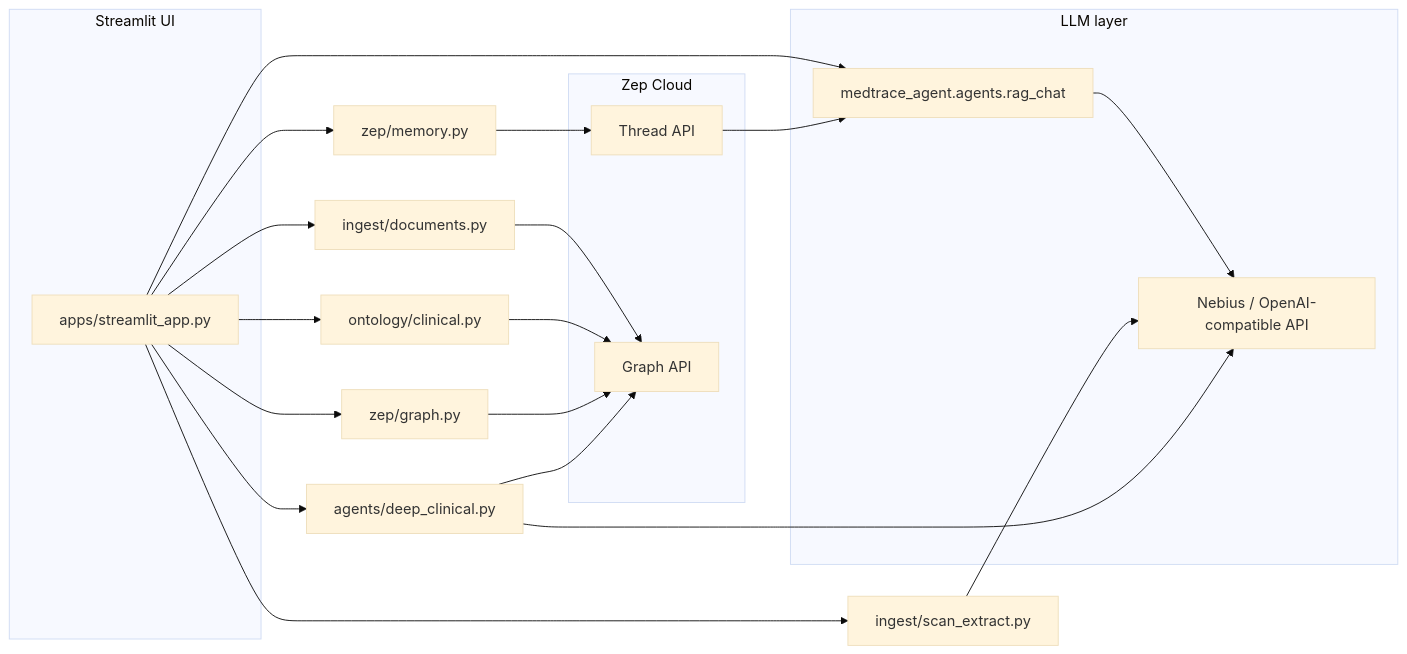
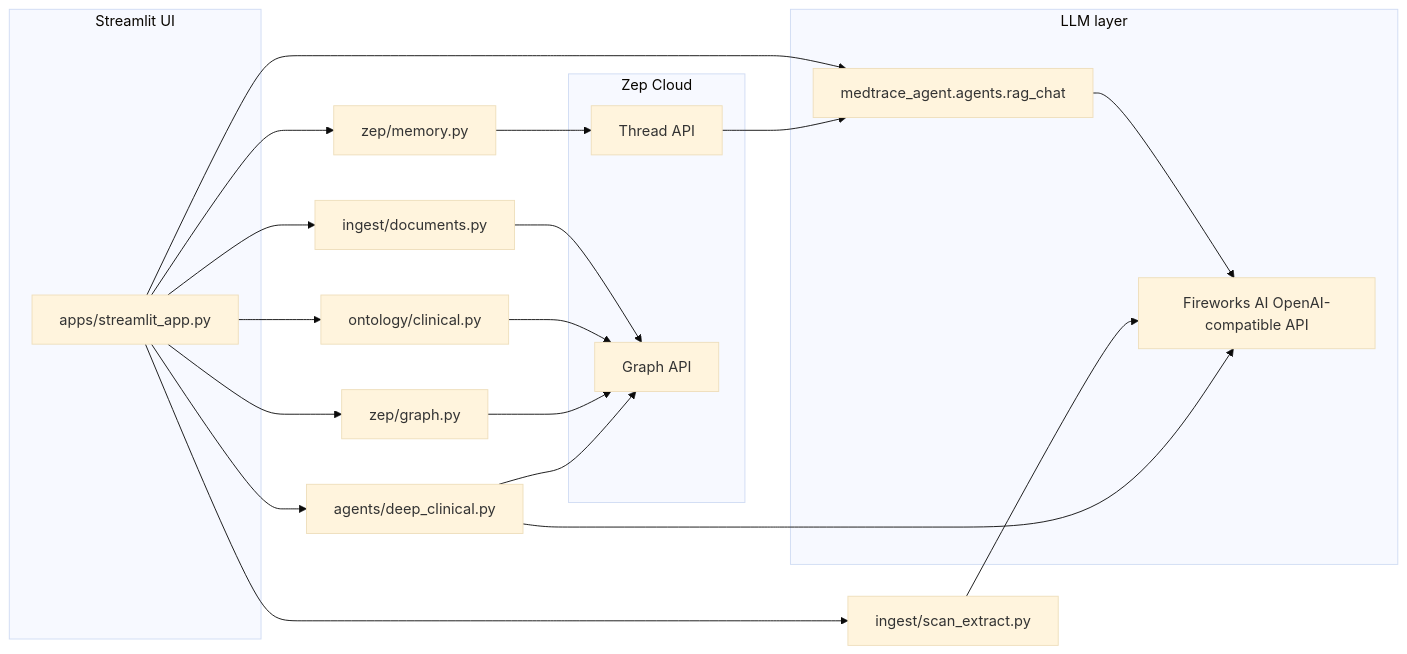
Before and after one commit to pramodthe/MedTrace-AI: the first of 3 diagrams in README.md, drawn with Mermaid (base theme). The commit also changed other lines of this file and 33 other files, not shown here.

````diff
--- a/README.md
+++ b/README.md
@@ -13,30 +13,30 @@
 ```mermaid
 flowchart LR
   subgraph ui [Streamlit UI]
     APP[apps/streamlit_app.py]
   end
   subgraph llm [LLM layer]
     AG[medtrace_agent.agents.rag_chat]
-    NEB[Nebius / OpenAI-compatible API]
+    FW[Fireworks AI OpenAI-compatible API]
   end
   subgraph zep [Zep Cloud]
     TH[Thread API]
     GR[Graph API]
   end
   APP --> AG
-  AG --> NEB
+  AG --> FW
   APP --> ZM[zep/memory.py]
   APP --> ZG[zep/graph.py]
   APP --> DOC[ingest/documents.py]
   APP --> SCAN[ingest/scan_extract.py]
   APP --> ONTO[ontology/clinical.py]
   APP --> DCA[agents/deep_clinical.py]
   ZM --> TH
   DOC --> GR
-  SCAN --> NEB
+  SCAN --> FW
   ONTO --> GR
   ZG --> GR
   TH --> AG
-  DCA --> NEB
+  DCA --> FW
   DCA --> GR
 ```
````
